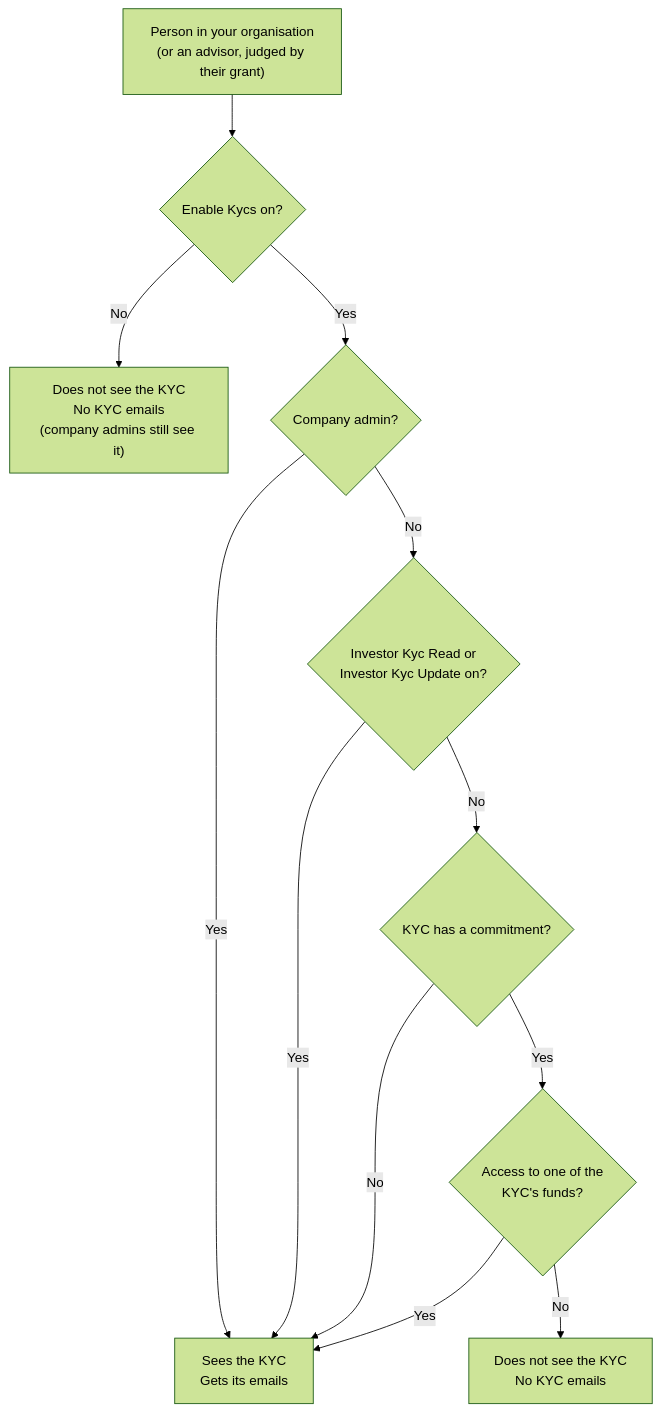
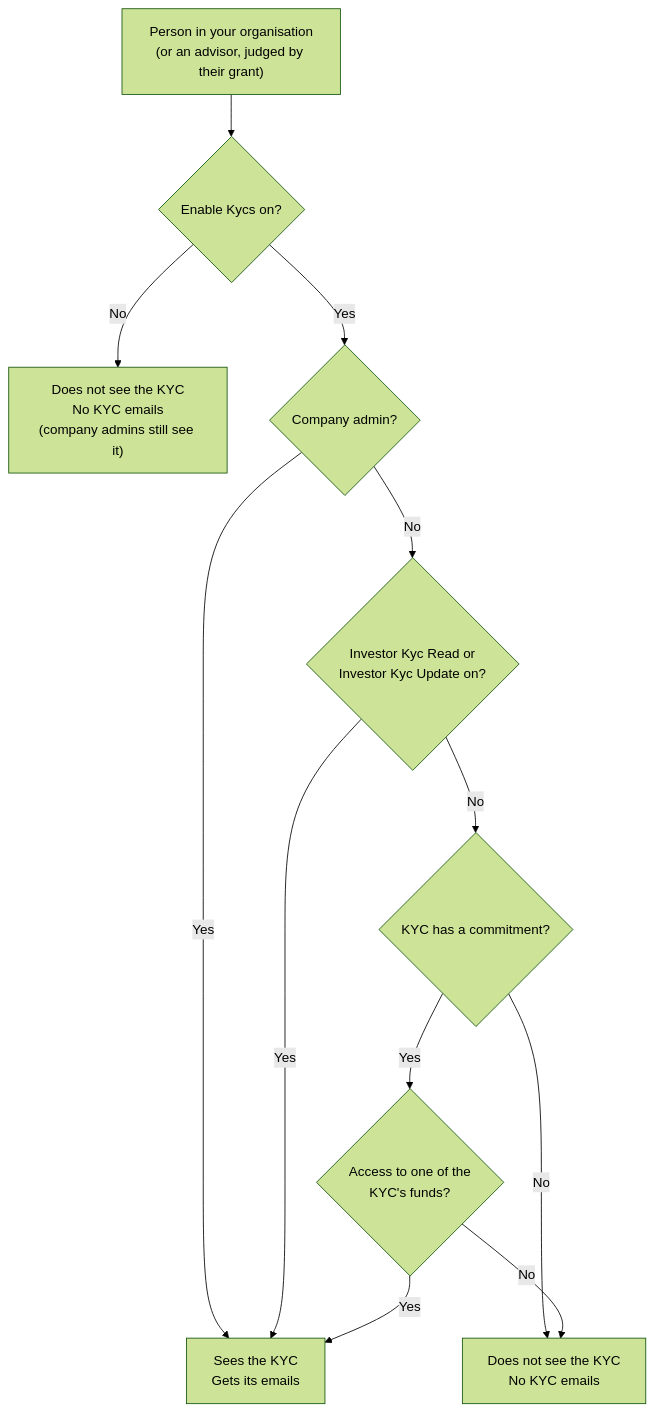
Before and after one commit to sampadadiwan/IRM_CompanyMain: the fourth of 4 diagrams in docs/user_guides/investor_kyc_user_guide.md, drawn with Mermaid (forest theme). The commit also changed other lines of this file and 7 other files, not shown here.

````diff
--- a/docs/user_guides/investor_kyc_user_guide.md
+++ b/docs/user_guides/investor_kyc_user_guide.md
@@ -777,14 +778,14 @@
 ```mermaid
 flowchart TD
     A["Person in your organisation<br/>(or an advisor, judged by their grant)"] --> B{"Enable Kycs on?"}
     B -- No --> N["Does not see the KYC<br/>No KYC emails<br/>(company admins still see it)"]
     B -- Yes --> C{"Company admin?"}
     C -- Yes --> Y["Sees the KYC<br/>Gets its emails"]
     C -- No --> D{"Investor Kyc Read or<br/>Investor Kyc Update on?"}
     D -- Yes --> Y
     D -- No --> E{"KYC has a commitment?"}
-    E -- No --> Y
+    E -- No --> X
     E -- Yes --> F{"Access to one of the<br/>KYC's funds?"}
     F -- Yes --> Y
     F -- No --> X["Does not see the KYC<br/>No KYC emails"]
 ```
````
